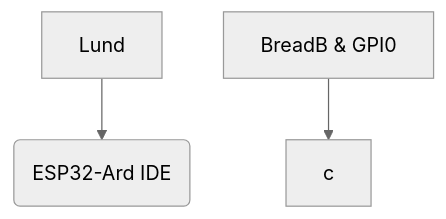
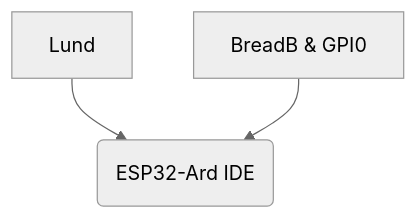
Before and after one commit to TF-141-0/IITKRaSET_axial_thrust-Load-cell_amp-plot: the diagram in README.md, drawn with Mermaid (neutral theme).

````diff
--- a/README.md
+++ b/README.md
@@ -3,6 +3,6 @@
 ```mermaid
 flowchart TD
     B[Lund] --> C(ESP32-Ard IDE)
-    A[BreadB & GPI0] -->c
+    A[BreadB & GPI0] -->C
    
   ```
````
